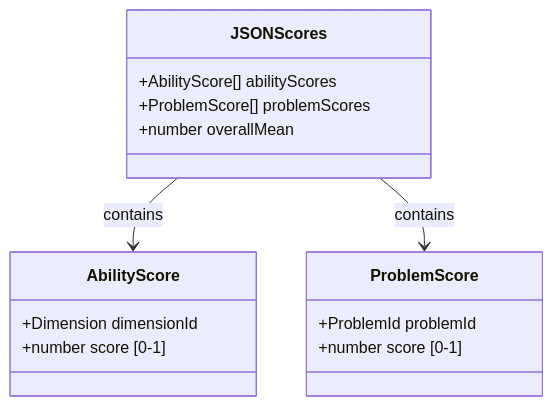
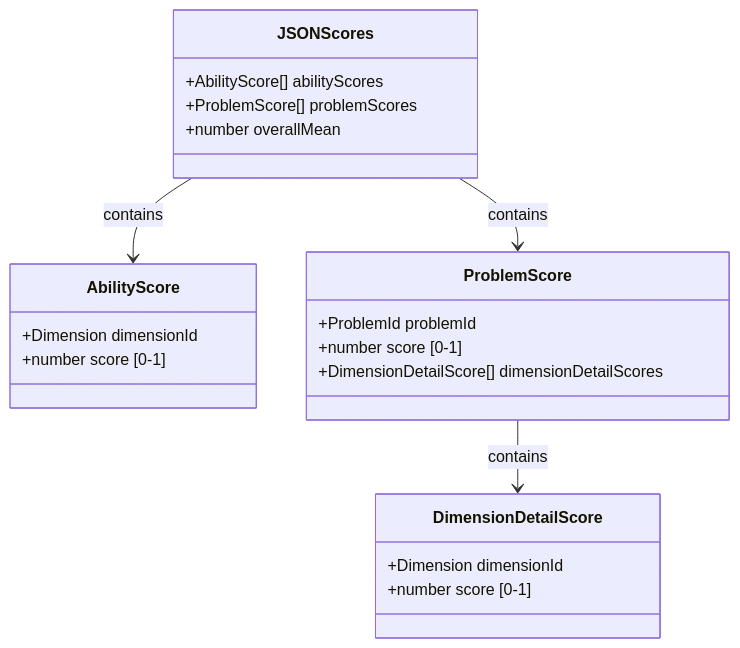
The fourth of 15 diagrams in score-post-llm-pipeline/schema-v1/pipeline-flow.md (paideia-ai/tech-doc-axiia), drawn with Mermaid before and after one commit. The commit also changed other lines of this file and 3 other files, not shown here.

Commit message:
schema-v1: align JSONScores and grade provenance

````diff
--- a/score-post-llm-pipeline/schema-v1/pipeline-flow.md
+++ b/score-post-llm-pipeline/schema-v1/pipeline-flow.md
@@ -144,21 +146,28 @@
 ```mermaid
 classDiagram
     class JSONScores {
         +AbilityScore[] abilityScores
         +ProblemScore[] problemScores
         +number overallMean
     }
 
     class AbilityScore {
         +Dimension dimensionId
         +number score [0-1]
     }
 
     class ProblemScore {
         +ProblemId problemId
         +number score [0-1]
+        +DimensionDetailScore[] dimensionDetailScores
+    }
+
+    class DimensionDetailScore {
+        +Dimension dimensionId
+        +number score [0-1]
     }
 
     JSONScores --> AbilityScore : contains
     JSONScores --> ProblemScore : contains
+    ProblemScore --> DimensionDetailScore : contains
 ```
````
